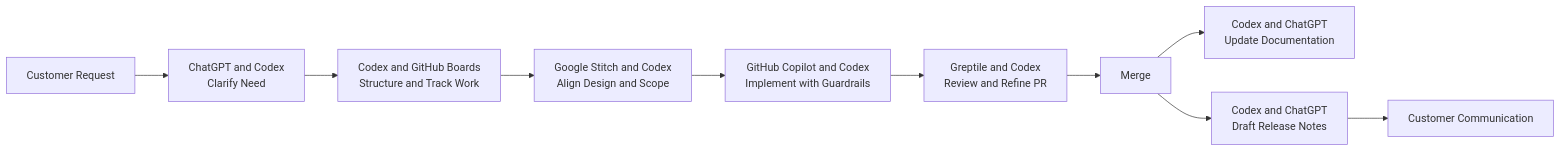
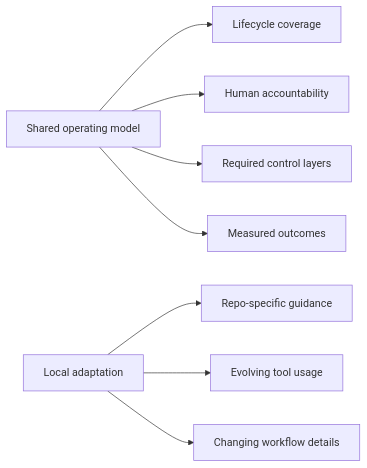
The tenth of 12 diagrams in creolytix-ai-delivery-operating-model.md (refat-asadullah-creolytix-dev/refat-asadullah-creolytix-dev), drawn with Mermaid before and after one commit. The commit also changed other lines of this file, not shown here.

First line of the commit message:
Revise AI delivery model for adaptability and governance

````diff
--- a/creolytix-ai-delivery-operating-model.md
+++ b/creolytix-ai-delivery-operating-model.md
@@ -426,12 +292,11 @@
 ```mermaid
 flowchart LR
-    A[Customer Request] --> B[ChatGPT and Codex\nClarify Need]
-    B --> C[Codex and GitHub Boards\nStructure and Track Work]
-    C --> D[Google Stitch and Codex\nAlign Design and Scope]
-    D --> E[GitHub Copilot and Codex\nImplement with Guardrails]
-    E --> F[Greptile and Codex\nReview and Refine PR]
-    F --> G[Merge]
-    G --> H[Codex and ChatGPT\nUpdate Documentation]
-    G --> I[Codex and ChatGPT\nDraft Release Notes]
-    I --> J[Customer Communication]
+    A[Shared operating model] --> B[Lifecycle coverage]
+    A --> C[Human accountability]
+    A --> D[Required control layers]
+    A --> E[Measured outcomes]
+
+    F[Local adaptation] --> G[Repo-specific guidance]
+    F --> H[Evolving tool usage]
+    F --> I[Changing workflow details]
 ```
````
